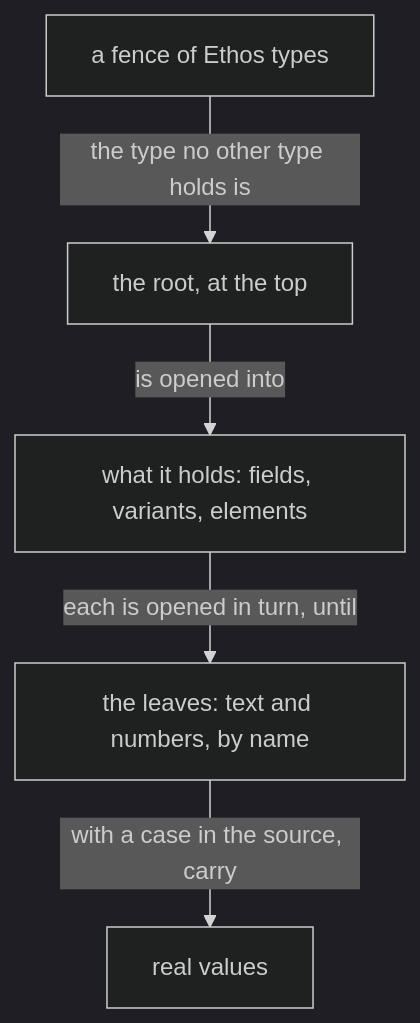
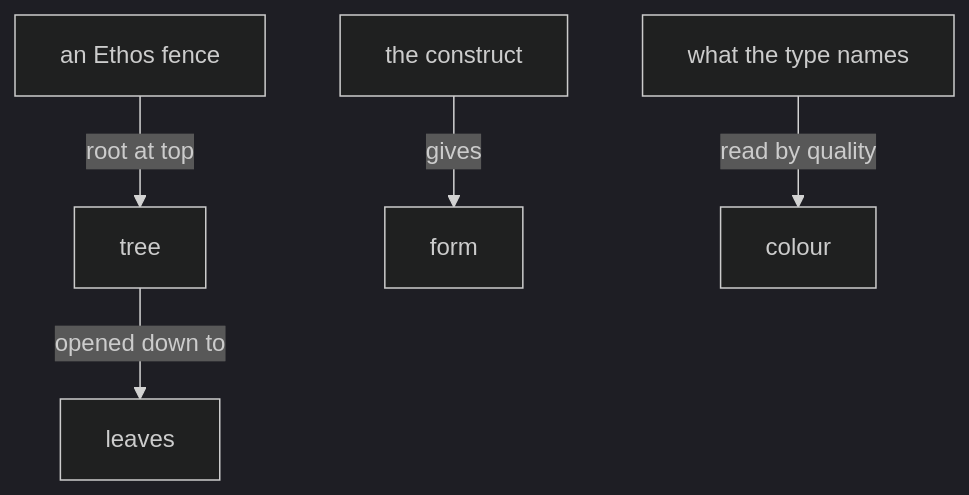
The diagram in notion/ethos-picture/0.md (LiGoldragon/mind-belief), drawn with Mermaid (dark theme) before and after one commit. The commit also changed other lines of this file, not shown here.

First line of the commit message:
notion/ethos-picture/0.md: rewritten whole, form says the construct, colour the quality (Fable yfrp)

````diff
--- a/notion/ethos-picture/0.md
+++ b/notion/ethos-picture/0.md
@@ -22,7 +8,7 @@
 ```mermaid
 flowchart TB
-    f["a fence of Ethos types"] -- "the type no other type holds is" --> r["the root, at the top"]
-    r -- "is opened into" --> h["what it holds: fields, variants, elements"]
-    h -- "each is opened in turn, until" --> l["the leaves: text and numbers, by name"]
-    l -- "with a case in the source, carry" --> v["real values"]
+    f["an Ethos fence"] -- "root at top" --> r["tree"]
+    r -- "opened down to" --> l["leaves"]
+    c["the construct"] -- "gives" --> s["form"]
+    n["what the type names"] -- "read by quality" --> k["colour"]
 ```
````
